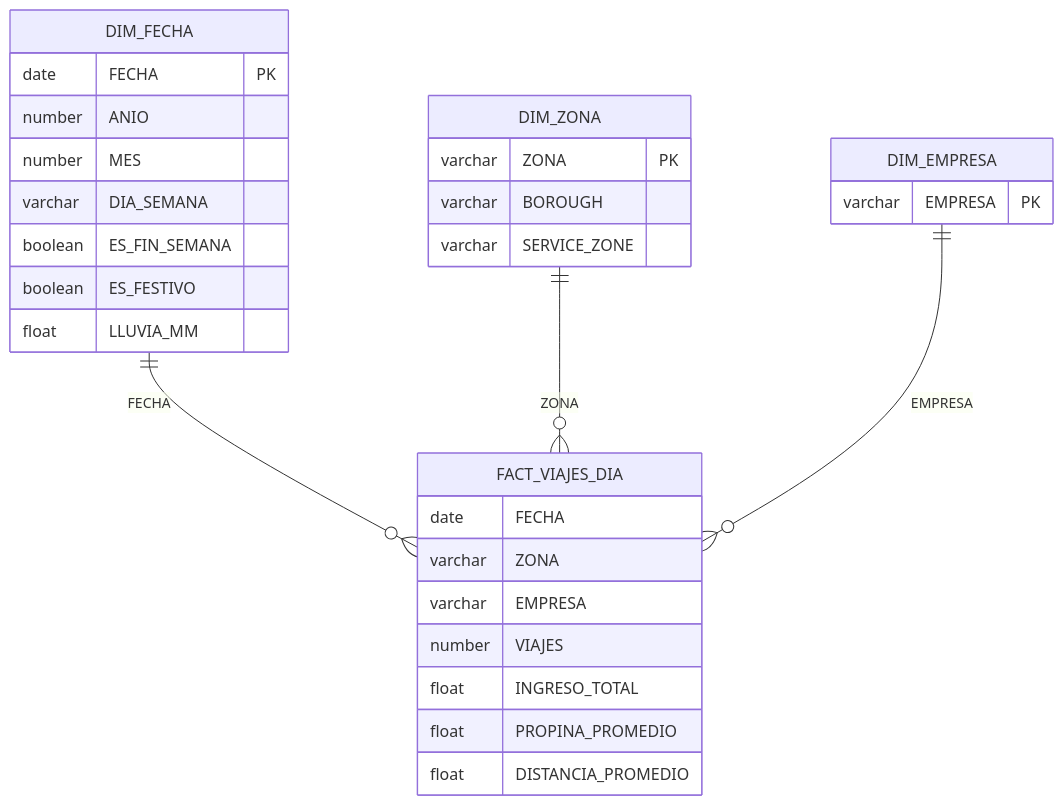
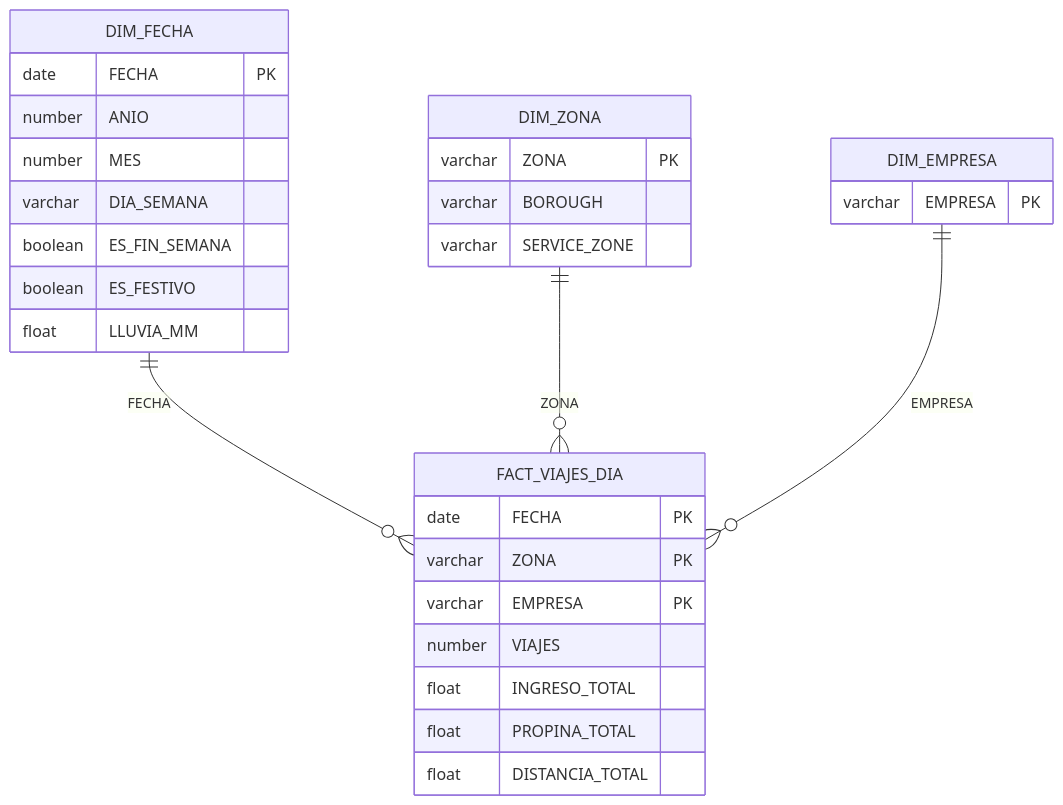
Before and after one commit to Diegomanzur10/bigdata-udem-2026: the diagram in taller1/diagrama.md, drawn with Mermaid. The commit also changed other lines of this file, not shown here.

````diff
--- a/taller1/diagrama.md
+++ b/taller1/diagrama.md
@@ -9,33 +9,33 @@
 ```mermaid
 erDiagram
     DIM_FECHA   ||--o{ FACT_VIAJES_DIA : "FECHA"
     DIM_ZONA    ||--o{ FACT_VIAJES_DIA : "ZONA"
     DIM_EMPRESA ||--o{ FACT_VIAJES_DIA : "EMPRESA"
 
     FACT_VIAJES_DIA {
-        date    FECHA
-        varchar ZONA
-        varchar EMPRESA
+        date    FECHA PK
+        varchar ZONA PK
+        varchar EMPRESA PK
         number  VIAJES
         float   INGRESO_TOTAL
-        float   PROPINA_PROMEDIO
-        float   DISTANCIA_PROMEDIO
+        float   PROPINA_TOTAL
+        float   DISTANCIA_TOTAL
     }
     DIM_FECHA {
         date    FECHA PK
         number  ANIO
         number  MES
         varchar DIA_SEMANA
         boolean ES_FIN_SEMANA
         boolean ES_FESTIVO
         float   LLUVIA_MM
     }
     DIM_ZONA {
         varchar ZONA PK
         varchar BOROUGH
         varchar SERVICE_ZONE
     }
     DIM_EMPRESA {
         varchar EMPRESA PK
     }
 ```
````
